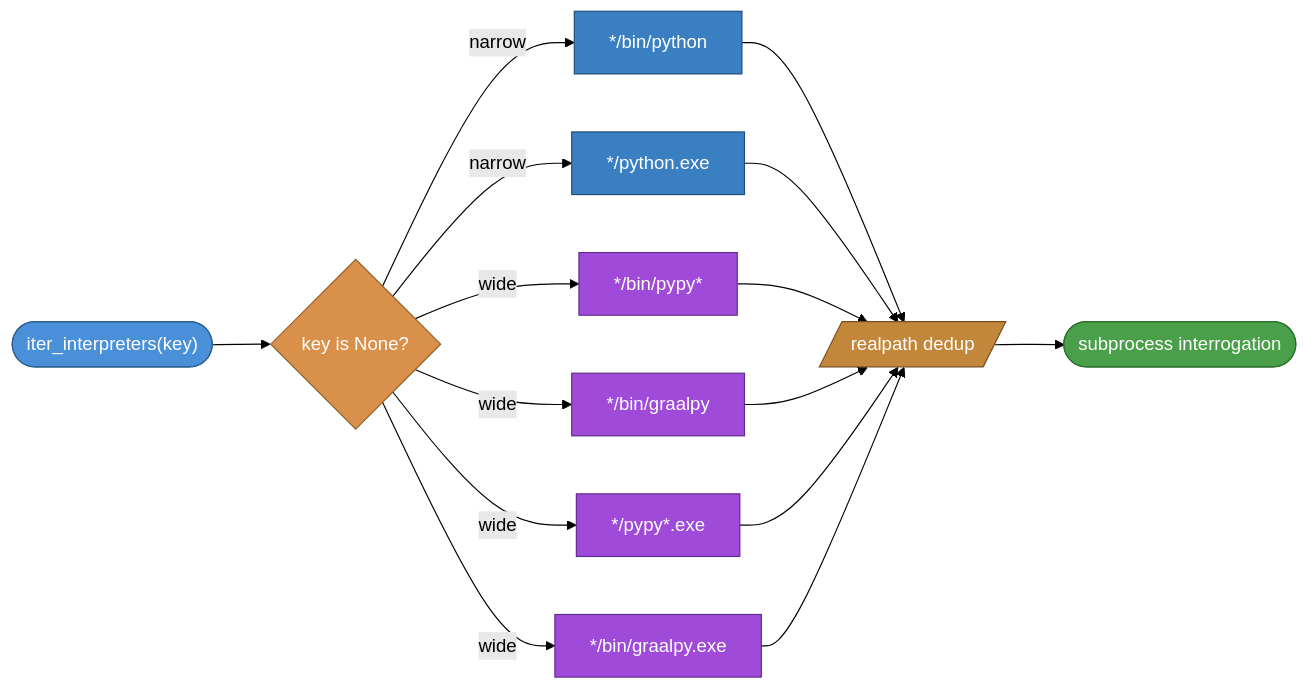
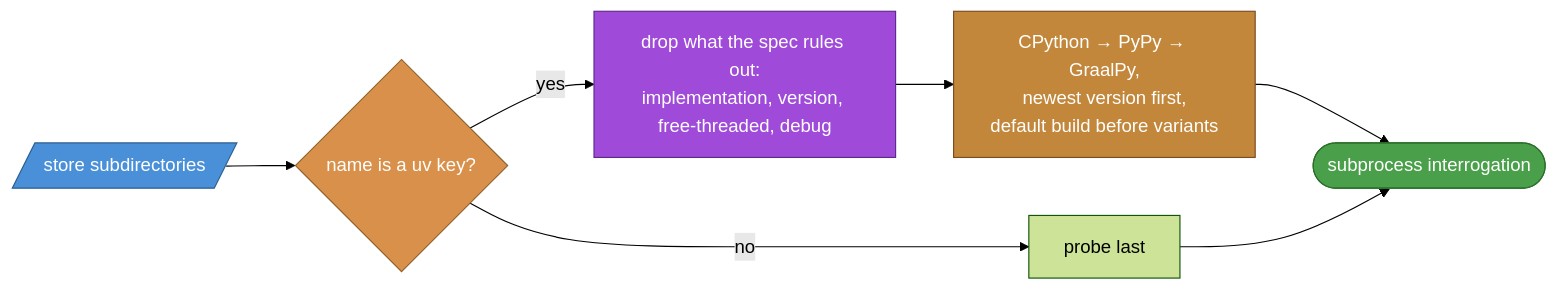
One commit to tox-dev/python-discovery changed the third of 6 diagrams in docs/explanation.rst. Above: the diagram before and after it, drawn with Mermaid (forest theme). The commit also changed other lines of this file and 8 other files, not shown here.

Commit message:
🐛 fix(uv): pick store installs by directory name (#112)

```diff
--- a/docs/explanation.rst
+++ b/docs/explanation.rst
@@ -116,30 +131,15 @@
 .. mermaid::
 
     flowchart LR
-        Call(["iter_interpreters(key)"]) --> Mode{"key is None?"}
-        Mode -->|"narrow"| N1["*/bin/python"]
-        Mode -->|"narrow"| N2["*/python.exe"]
-        Mode -->|"wide"| W1["*/bin/pypy*"]
-        Mode -->|"wide"| W2["*/bin/graalpy"]
-        Mode -->|"wide"| W3["*/pypy*.exe"]
-        Mode -->|"wide"| W4["*/bin/graalpy.exe"]
+        Dirs[/"store subdirectories"/] --> Parse{"name is a uv key?"}
+        Parse -->|"no"| Last["probe last"]
+        Parse -->|"yes"| Filter["drop what the spec rules out:<br>implementation, version, free-threaded, debug"]
+        Filter --> Sort["CPython → PyPy → GraalPy,<br>newest version first,<br>default build before variants"]
+        Sort --> Interrogate(["subprocess interrogation"])
+        Last --> Interrogate
 
-        N1 --> Dedup[/"realpath dedup"/]
-        N2 --> Dedup
-        W1 --> Dedup
-        W2 --> Dedup
-        W3 --> Dedup
-        W4 --> Dedup
-
-        Dedup --> Interrogate(["subprocess interrogation"])
-
-        style Call fill:#4a90d9,stroke:#2a5f8f,color:#fff
-        style Mode fill:#d9904a,stroke:#8f5f2a,color:#fff
-        style N1 fill:#3a7fc2,stroke:#1f4d7a,color:#fff
-        style N2 fill:#3a7fc2,stroke:#1f4d7a,color:#fff
-        style W1 fill:#9f4ad9,stroke:#5f2a8f,color:#fff
-        style W2 fill:#9f4ad9,stroke:#5f2a8f,color:#fff
-        style W3 fill:#9f4ad9,stroke:#5f2a8f,color:#fff
-        style W4 fill:#9f4ad9,stroke:#5f2a8f,color:#fff
-        style Dedup fill:#c2873a,stroke:#7a4c1f,color:#fff
+        style Dirs fill:#4a90d9,stroke:#2a5f8f,color:#fff
+        style Parse fill:#d9904a,stroke:#8f5f2a,color:#fff
+        style Filter fill:#9f4ad9,stroke:#5f2a8f,color:#fff
+        style Sort fill:#c2873a,stroke:#7a4c1f,color:#fff
         style Interrogate fill:#4a9f4a,stroke:#2a6f2a,color:#fff
```
